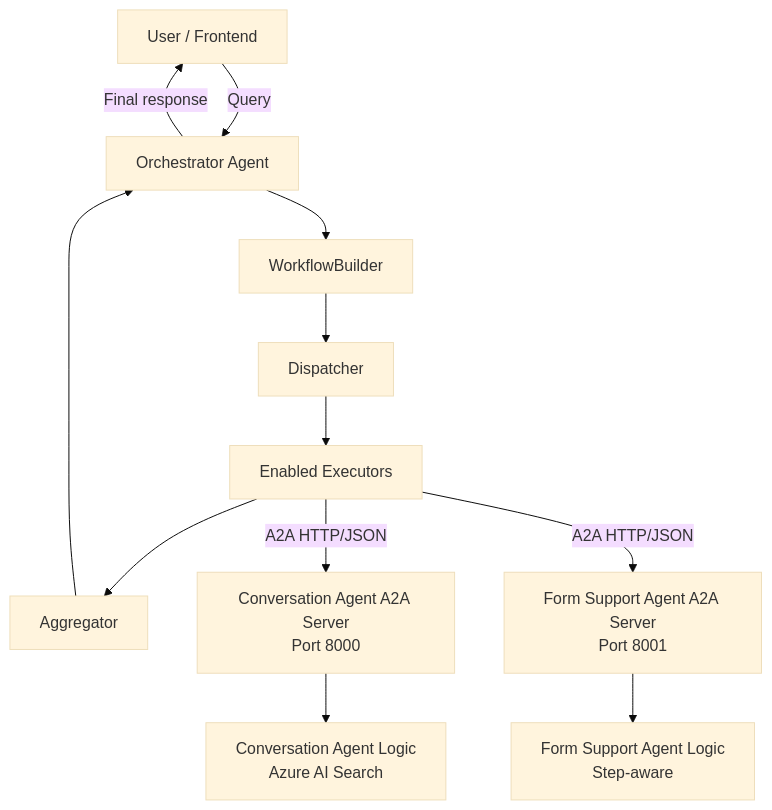
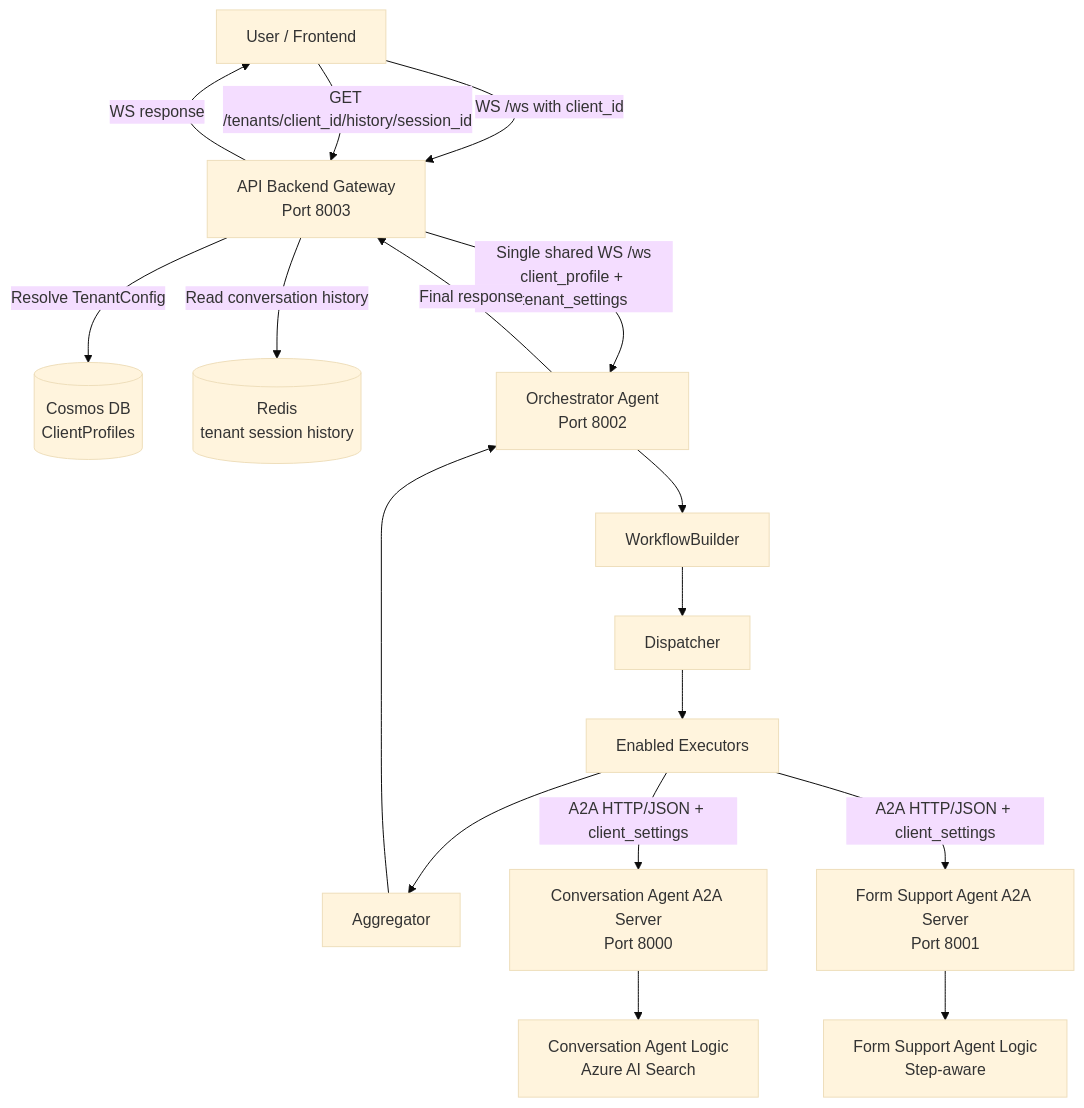
The first of 4 diagrams in agentic_ai_backend/README.md (bcgov/nr-ai-form), drawn with Mermaid (base theme) before and after one commit. The commit also changed other lines of this file and 19 other files, not shown here.

````diff
--- a/agentic_ai_backend/README.md
+++ b/agentic_ai_backend/README.md
@@ -42,25 +42,33 @@
 ```mermaid
 flowchart TD
     User[User / Frontend]
-    Orchestrator[Orchestrator Agent]
+    ApiBackend[API Backend Gateway<br/>Port 8003]
+    Cosmos[(Cosmos DB<br/>ClientProfiles)]
+    Redis[(Redis<br/>tenant session history)]
+    Orchestrator[Orchestrator Agent<br/>Port 8002]
     Workflow[WorkflowBuilder]
     Dispatcher[Dispatcher]
     Executors[Enabled Executors]
     Aggregator[Aggregator]
     ConversationServer[Conversation Agent A2A Server<br/>Port 8000]
     FormServer[Form Support Agent A2A Server<br/>Port 8001]
     ConversationLogic[Conversation Agent Logic<br/>Azure AI Search]
     FormLogic[Form Support Agent Logic<br/>Step-aware]
 
-    User -->|Query| Orchestrator
+    User -->|WS /ws with client_id| ApiBackend
+    User -->|GET /tenants/client_id/history/session_id| ApiBackend
+    ApiBackend -->|Resolve TenantConfig| Cosmos
+    ApiBackend -->|Read conversation history| Redis
+    ApiBackend -->|Single shared WS /ws<br/>client_profile + tenant_settings| Orchestrator
     Orchestrator --> Workflow
     Workflow --> Dispatcher
     Dispatcher --> Executors
     Executors --> Aggregator
-    Executors -->|A2A HTTP/JSON| ConversationServer
-    Executors -->|A2A HTTP/JSON| FormServer
+    Executors -->|A2A HTTP/JSON + client_settings| ConversationServer
+    Executors -->|A2A HTTP/JSON + client_settings| FormServer
     ConversationServer --> ConversationLogic
     FormServer --> FormLogic
     Aggregator --> Orchestrator
-    Orchestrator -->|Final response| User
+    Orchestrator -->|Final response| ApiBackend
+    ApiBackend -->|WS response| User
 ```
````
